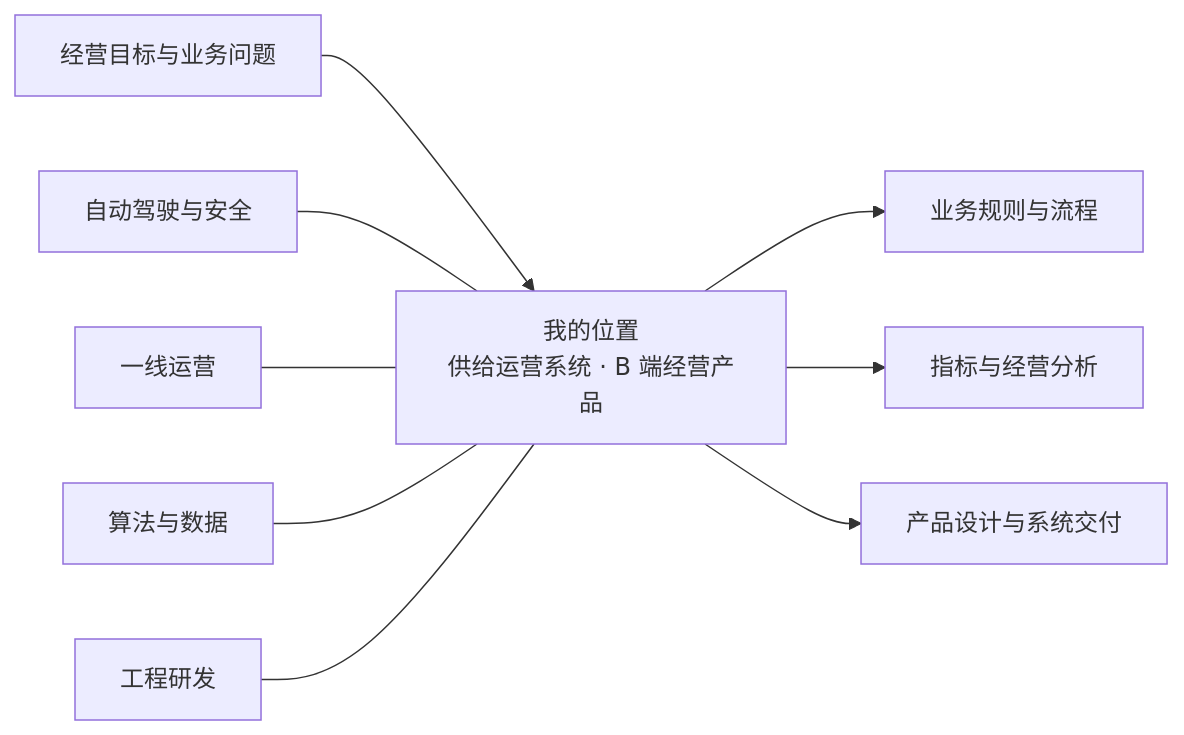
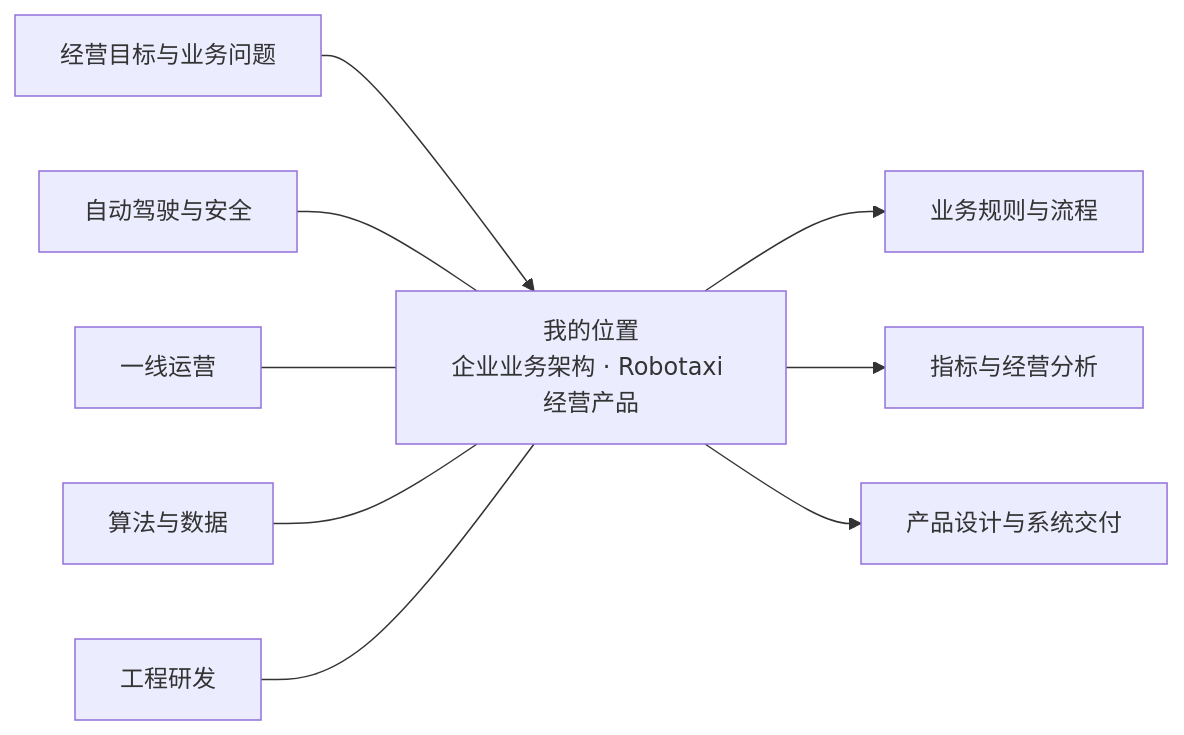
One commit to Chizheng4/robotaxi changed the eighth of 11 diagrams in README.md. Above: the diagram before and after it, drawn with Mermaid. The commit also changed other lines of this file and 15 other files, not shown here.

Commit message:
v043.0.1 统一数据趋势图交付

````diff
--- a/README.md
+++ b/README.md
@@ -182,11 +190,11 @@
 ```mermaid
 flowchart LR
-  A["经营目标与业务问题"] --> B["我的位置<br/>供给运营系统 · B 端经营产品"]
+  A["经营目标与业务问题"] --> B["我的位置<br/>企业业务架构 · Robotaxi 经营产品"]
   B --> C["业务规则与流程"]
   B --> D["指标与经营分析"]
   B --> E["产品设计与系统交付"]
   F["自动驾驶与安全"] --- B
   G["一线运营"] --- B
   H["算法与数据"] --- B
   I["工程研发"] --- B
 ```
````
